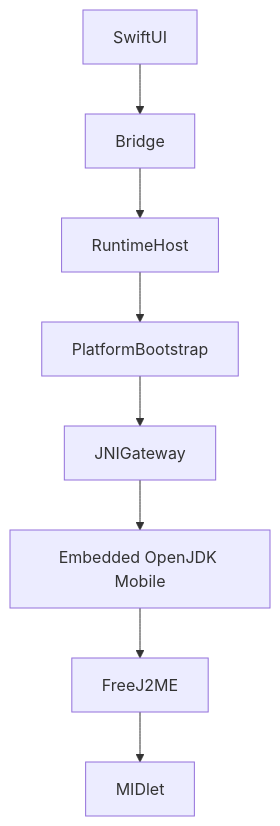
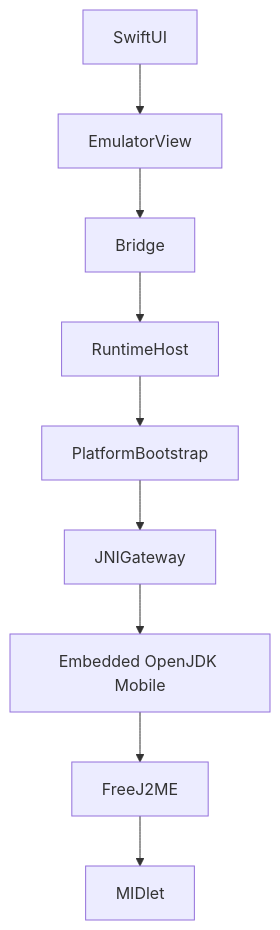
Before and after one commit to flakito-loko/CoreJ2: the diagram in docs/index.md, drawn with Mermaid. The commit also changed other lines of this file and 33 other files, not shown here.

````diff
--- a/docs/index.md
+++ b/docs/index.md
@@ -31,10 +87,11 @@
 ```mermaid
 flowchart TD
-  A[SwiftUI] --> B[Bridge]
-  B --> C[RuntimeHost]
-  C --> D[PlatformBootstrap]
-  D --> E[JNIGateway]
-  E --> F[Embedded OpenJDK Mobile]
-  F --> G[FreeJ2ME]
-  G --> H[MIDlet]
+  A[SwiftUI] --> B[EmulatorView]
+  B --> C[Bridge]
+  C --> D[RuntimeHost]
+  D --> E[PlatformBootstrap]
+  E --> F[JNIGateway]
+  F --> G[Embedded OpenJDK Mobile]
+  G --> H[FreeJ2ME]
+  H --> I[MIDlet]
 ```
````
